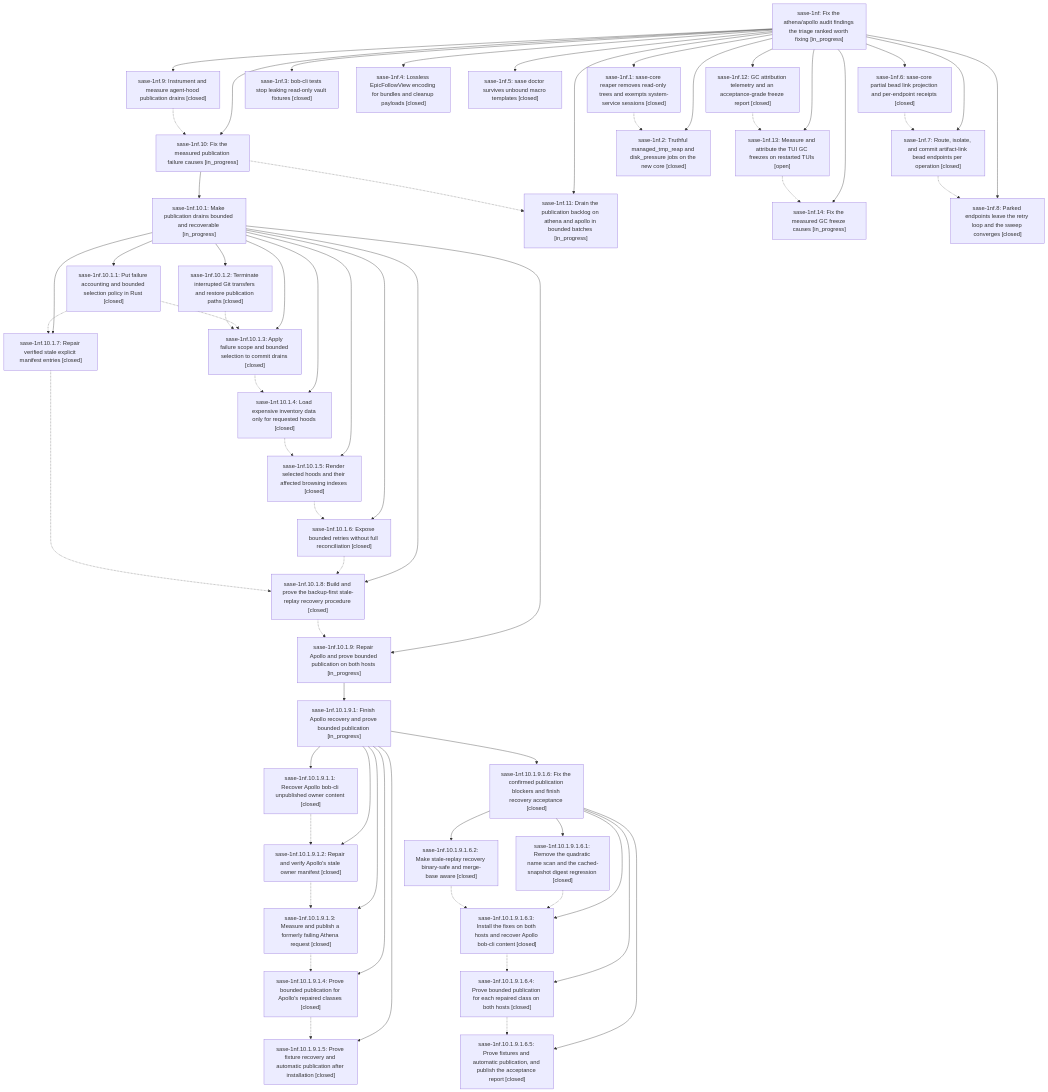
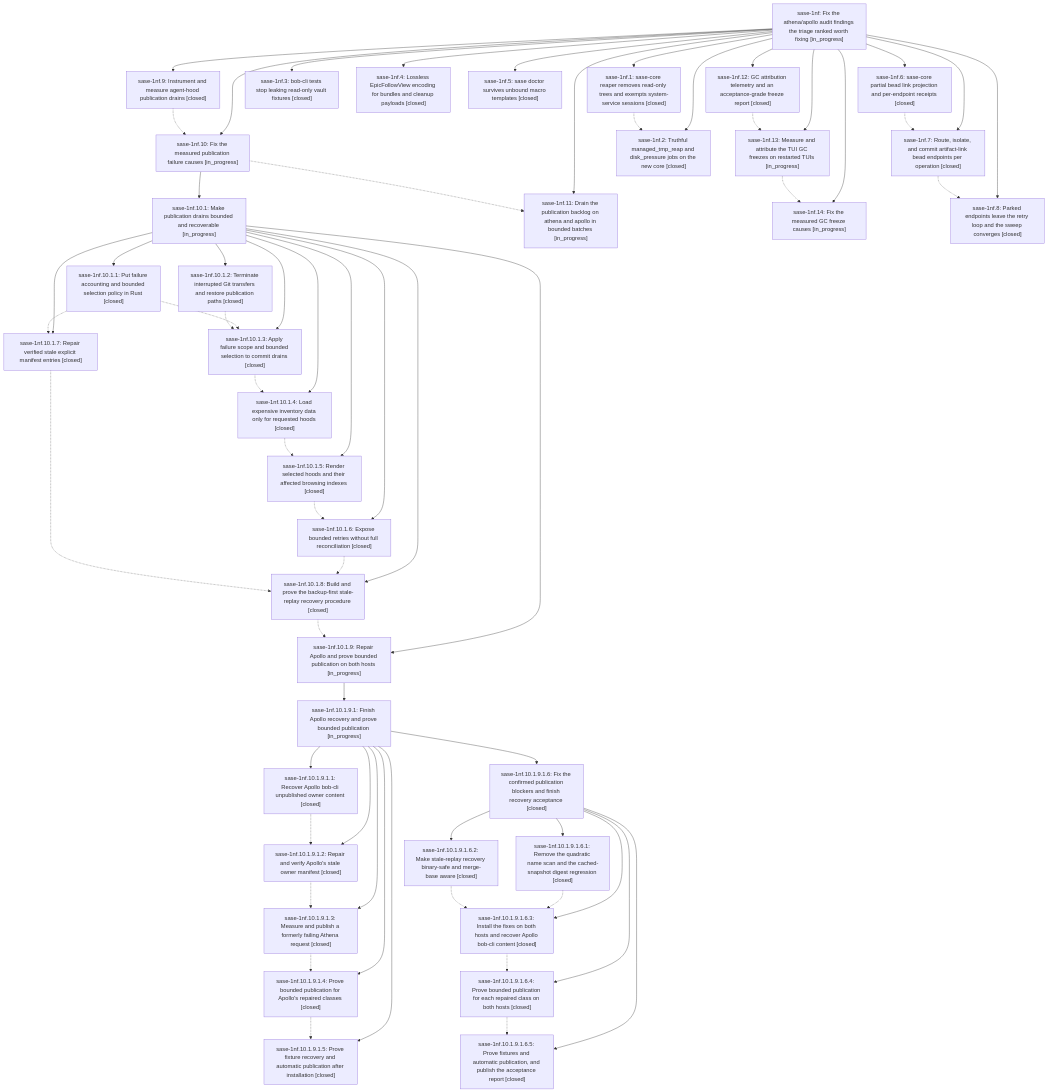
Before and after one commit to sase-org/sase--beads: the diagram in pages/sase-1nf/README.md, drawn with Mermaid. The commit also changed other lines of this file and 17 other files, not shown here.

```diff
--- a/pages/sase-1nf/README.md
+++ b/pages/sase-1nf/README.md
@@ -75,7 +75,7 @@
     n24["sase-1nf.10.1.9.1.6.5: Prove fixtures and automatic publication, and publish the acceptance report [closed]"]
     n25["sase-1nf.11: Drain the publication backlog on athena and apollo in bounded batches [in_progress]"]
     n26["sase-1nf.12: GC attribution telemetry and an acceptance-grade freeze report [closed]"]
-    n27["sase-1nf.13: Measure and attribute the TUI GC freezes on restarted TUIs [open]"]
+    n27["sase-1nf.13: Measure and attribute the TUI GC freezes on restarted TUIs [in_progress]"]
     n28["sase-1nf.14: Fix the measured GC freeze causes [in_progress]"]
     n29["sase-1nf.2: Truthful managed_tmp_reap and disk_pressure jobs on the new core [closed]"]
     n30["sase-1nf.3: bob-cli tests stop leaking read-only vault fixtures [closed]"]
```
